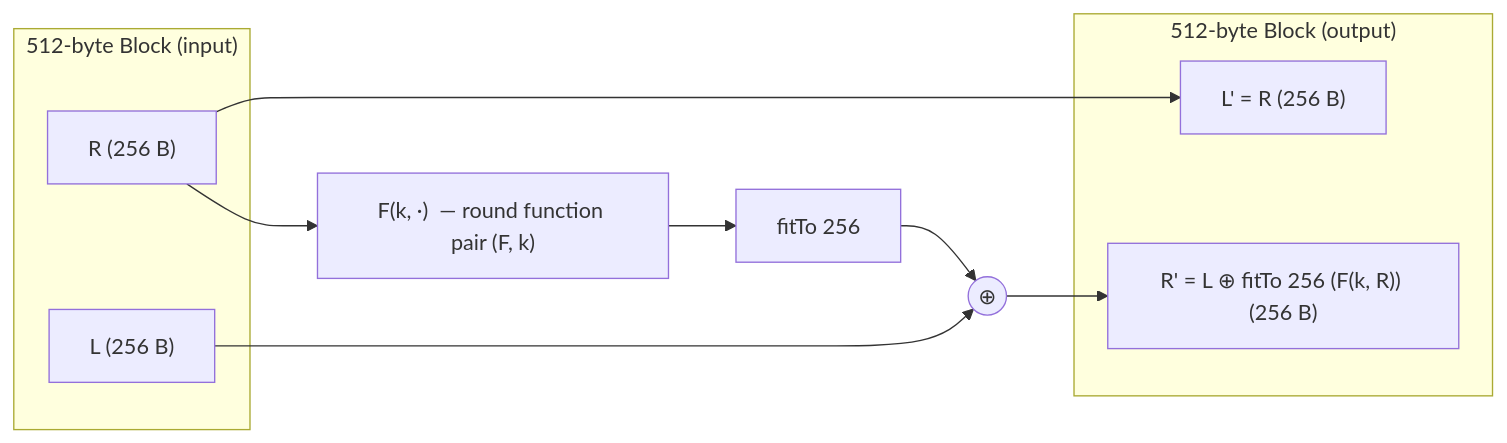
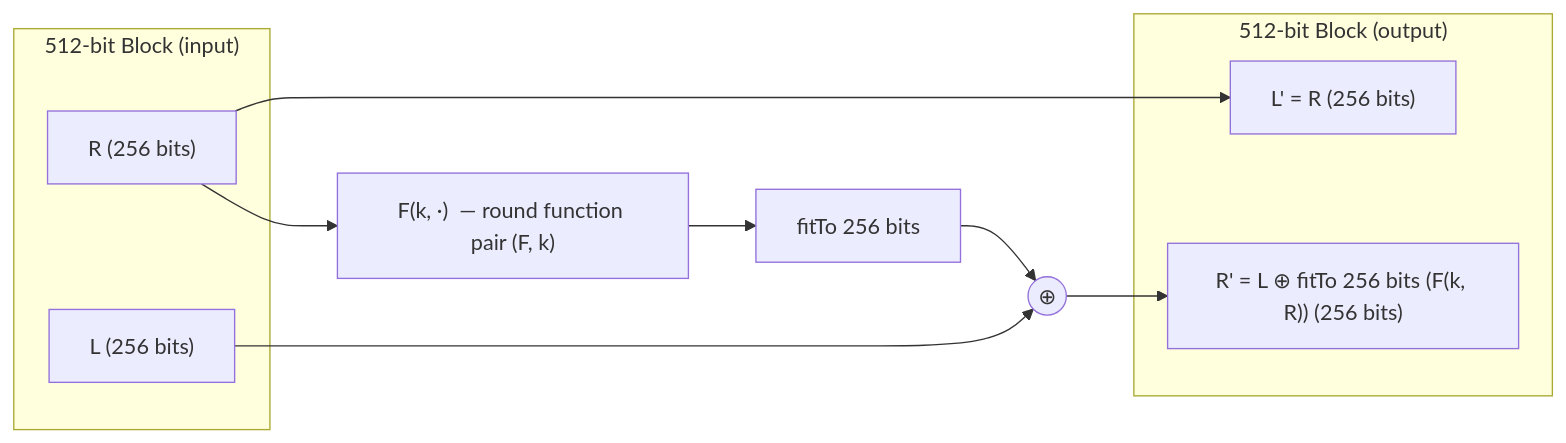
One commit to locusf/blackworm changed the second of 5 diagrams in docs/cipher-visualization.md. Above: the diagram before and after it, drawn with Mermaid. The commit also changed other lines of this file and 47 other files, not shown here.

````diff
--- a/docs/cipher-visualization.md
+++ b/docs/cipher-visualization.md
@@ -71,17 +72,17 @@
 ```mermaid
 flowchart LR
-    subgraph input["512-byte Block (input)"]
-        L["L (256 B)"]
-        R["R (256 B)"]
+    subgraph input["512-bit Block (input)"]
+        L["L (256 bits)"]
+        R["R (256 bits)"]
     end
-    subgraph output["512-byte Block (output)"]
-        L2["L' = R (256 B)"]
-        R2["R' = L ⊕ fitTo 256 (F(k, R)) (256 B)"]
+    subgraph output["512-bit Block (output)"]
+        L2["L' = R (256 bits)"]
+        R2["R' = L ⊕ fitTo 256 bits (F(k, R)) (256 bits)"]
     end
     R --> F["F(k, ·)  — round function pair (F, k)"]
-    F --> FIT["fitTo 256"]
+    F --> FIT["fitTo 256 bits"]
     FIT --> X(("⊕"))
     L --> X
     X --> R2
     R --> L2
 ```
````
